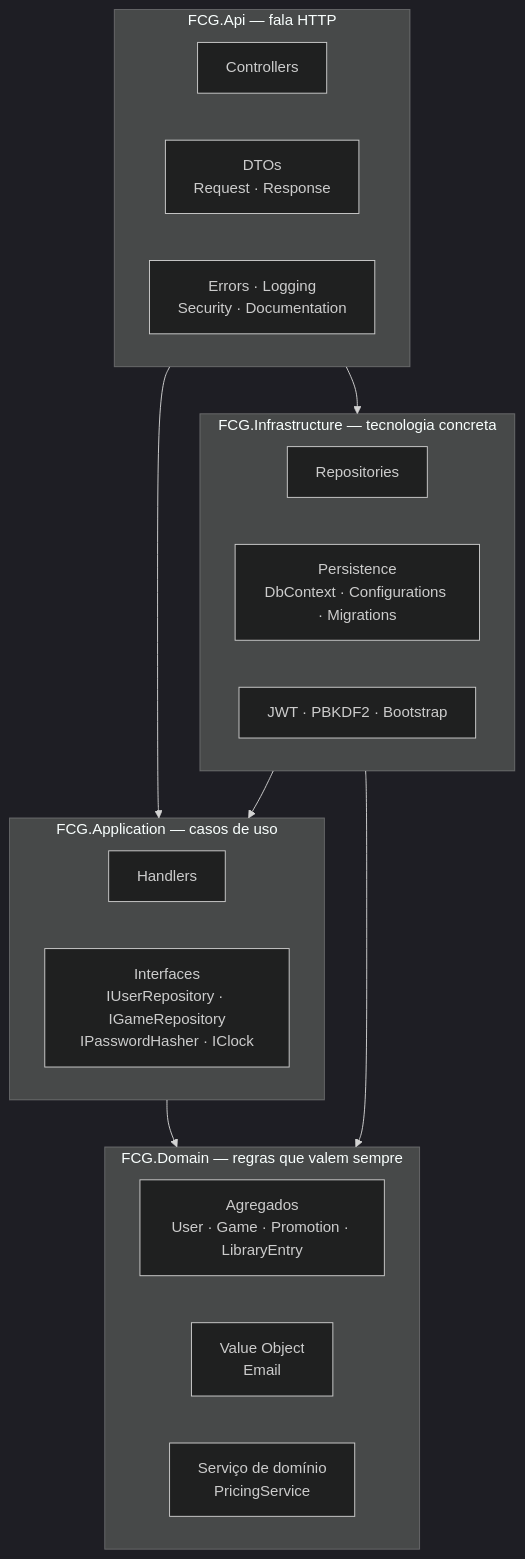
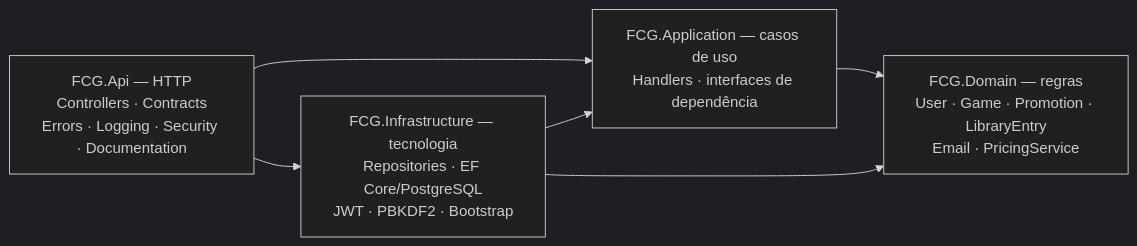
One commit to Gabriel-Silva-7/FCG changed the diagram in docs/ddd/06-arquitetura-em-camadas.md. Above: the diagram before and after it, drawn with Mermaid (dark theme). The commit also changed 9 other files, not shown here.

Commit message:
docs(ddd): align diagrams and version visual exports

````diff
--- a/docs/ddd/06-arquitetura-em-camadas.md
+++ b/docs/ddd/06-arquitetura-em-camadas.md
@@ -3,31 +3,13 @@
 ```mermaid
-flowchart TB
-    subgraph Api["FCG.Api — fala HTTP"]
-        AC[Controllers]
-        AD["DTOs<br/>Request · Response"]
-        AE["Errors · Logging<br/>Security · Documentation"]
-    end
-
-    subgraph App["FCG.Application — casos de uso"]
-        AH[Handlers]
-        AI["Interfaces<br/>IUserRepository · IGameRepository<br/>IPasswordHasher · IClock"]
-    end
-
-    subgraph Dom["FCG.Domain — regras que valem sempre"]
-        DA["Agregados<br/>User · Game · Promotion · LibraryEntry"]
-        DV["Value Object<br/>Email"]
-        DS["Serviço de domínio<br/>PricingService"]
-    end
-
-    subgraph Inf["FCG.Infrastructure — tecnologia concreta"]
-        IR[Repositories]
-        IP["Persistence<br/>DbContext · Configurations · Migrations"]
-        IS["JWT · PBKDF2 · Bootstrap"]
-    end
+flowchart LR
+    Api["FCG.Api — HTTP<br/>Controllers · Contracts<br/>Errors · Logging · Security · Documentation"]
+    App["FCG.Application — casos de uso<br/>Handlers · interfaces de dependência"]
+    Inf["FCG.Infrastructure — tecnologia<br/>Repositories · EF Core/PostgreSQL<br/>JWT · PBKDF2 · Bootstrap"]
+    Dom["FCG.Domain — regras<br/>User · Game · Promotion · LibraryEntry<br/>Email · PricingService"]
 
     Api --> App
     Api --> Inf
     Inf --> App
     Inf --> Dom
     App --> Dom
 ```
````
